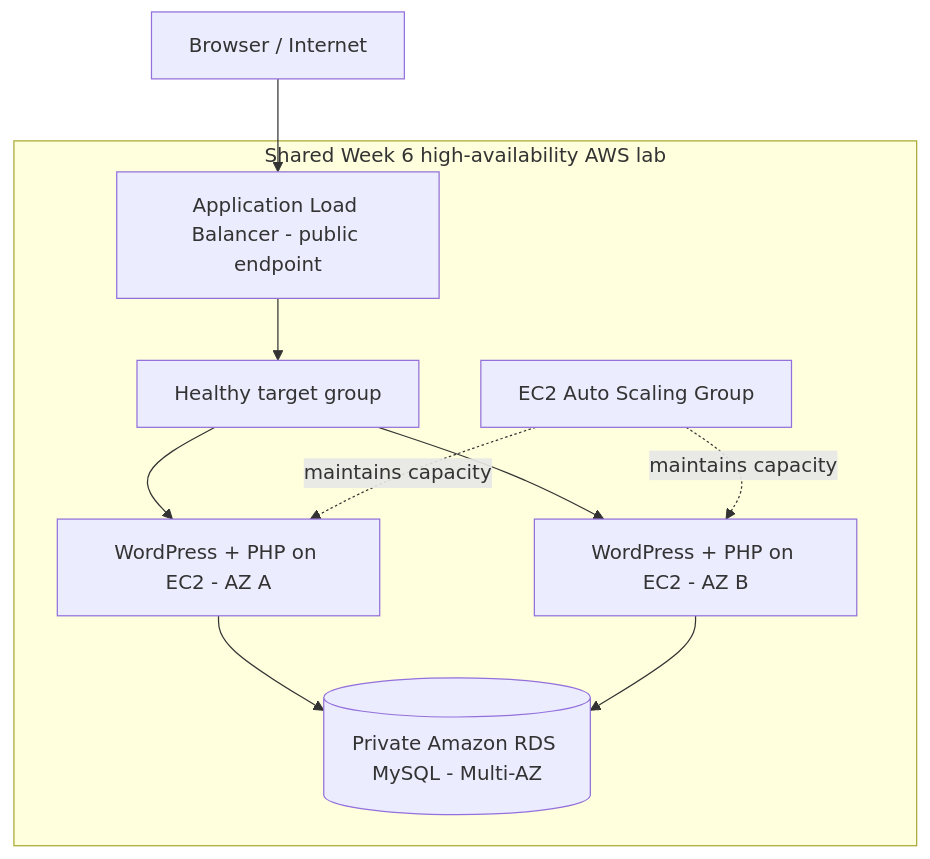
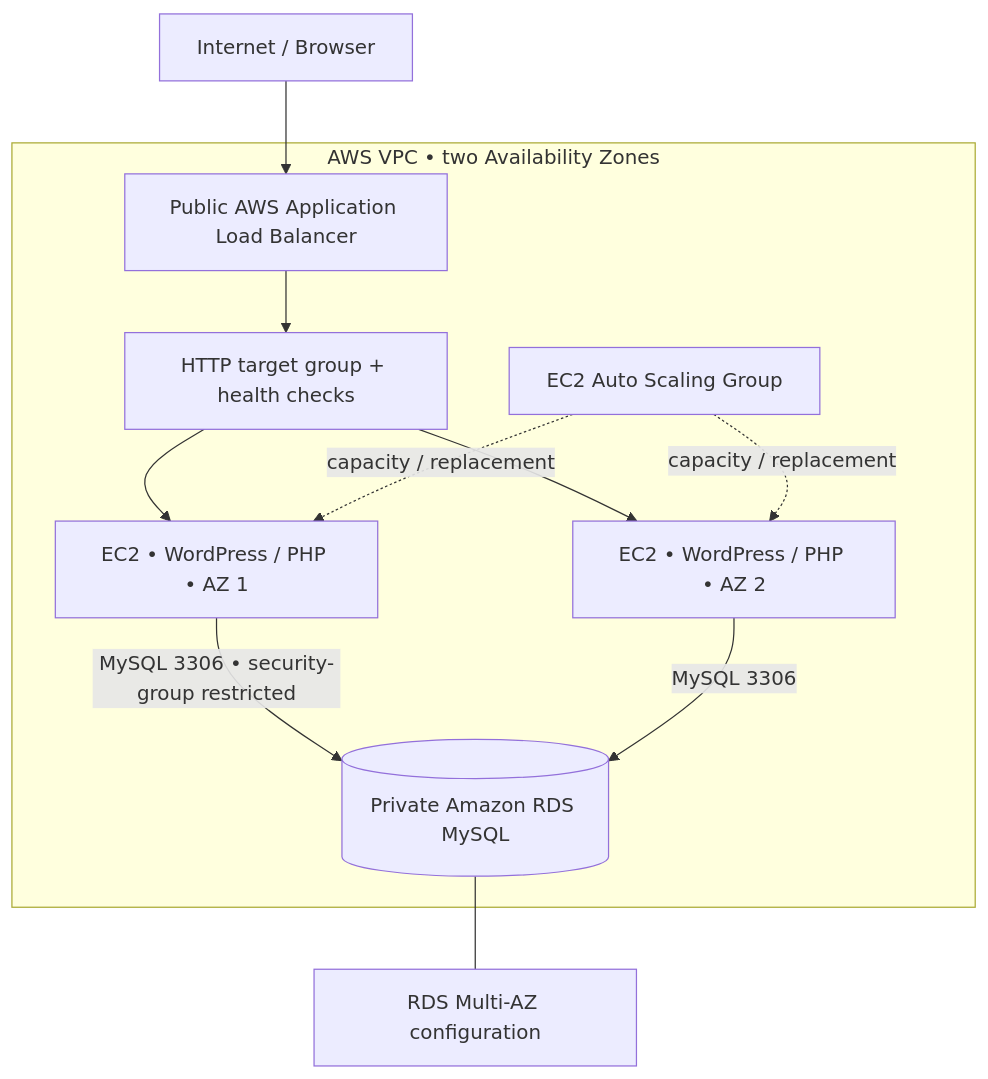
The diagram in README.md (slim274/aws-wordpress-two-tier-high-availability), drawn with Mermaid before and after one commit. The commit also changed other lines of this file and 9 other files, not shown here.

Commit message:
Update WordPress two-tier high availability documentation

````diff
--- a/README.md
+++ b/README.md
@@ -11,13 +17,14 @@
 ```mermaid
 flowchart TB
-    Browser[Browser / Internet] --> ALB
-    subgraph LabVPC[Shared Week 6 high-availability AWS lab]
-       ALB[Application Load Balancer - public endpoint] --> Targets[Healthy target group]
-       Targets --> WP1[WordPress + PHP on EC2 - AZ A]
-       Targets --> WP2[WordPress + PHP on EC2 - AZ B]
-       ASG[EC2 Auto Scaling Group] -. maintains capacity .-> WP1
-       ASG -. maintains capacity .-> WP2
-       WP1 --> DB[(Private Amazon RDS MySQL - Multi-AZ)]
-       WP2 --> DB
+    USER[Internet / Browser] --> ALB[Public AWS Application Load Balancer]
+    subgraph VPC[AWS VPC • two Availability Zones]
+      ALB --> TG[HTTP target group + health checks]
+      TG --> W1[EC2 • WordPress / PHP • AZ 1]
+      TG --> W2[EC2 • WordPress / PHP • AZ 2]
+      ASG[EC2 Auto Scaling Group] -. capacity / replacement .-> W1
+      ASG -. capacity / replacement .-> W2
+      W1 -->|MySQL 3306 • security-group restricted| DB[(Private Amazon RDS MySQL)]
+      W2 -->|MySQL 3306| DB
     end
+    DB --- MZ[RDS Multi-AZ configuration]
 ```
````
